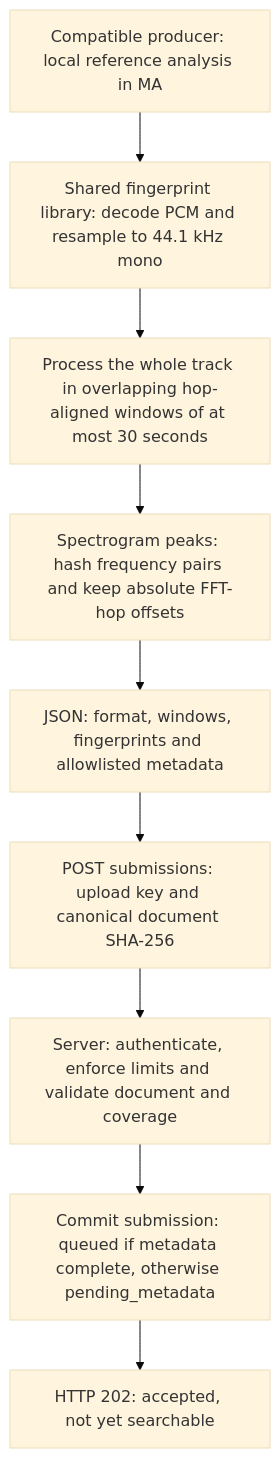
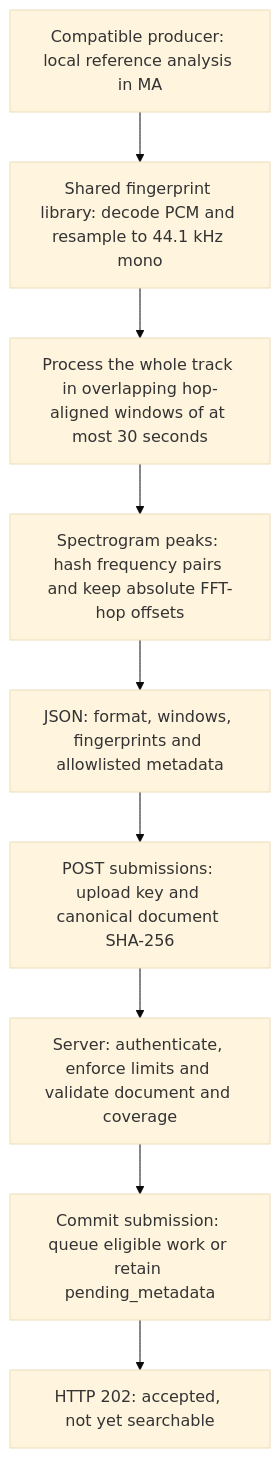
Before and after one commit to dmoo500/audio-fingerprint-server: the first of 7 diagrams in README.md, drawn with Mermaid (base theme). The commit also changed other lines of this file and 13 other files, not shown here.

````diff
--- a/README.md
+++ b/README.md
@@ -19,11 +17,11 @@
 ```mermaid
 flowchart TD
     A["Compatible producer: local reference analysis in MA"] --> B["Shared fingerprint library: decode PCM and resample to 44.1 kHz mono"]
     B --> C["Process the whole track in overlapping hop-aligned windows of at most 30 seconds"]
     C --> D["Spectrogram peaks: hash frequency pairs and keep absolute FFT-hop offsets"]
     D --> E["JSON: format, windows, fingerprints and allowlisted metadata"]
     E --> F["POST submissions: upload key and canonical document SHA-256"]
     F --> G["Server: authenticate, enforce limits and validate document and coverage"]
-    G --> H["Commit submission: queued if metadata complete, otherwise pending_metadata"]
+    G --> H["Commit submission: queue eligible work or retain pending_metadata"]
     H --> I["HTTP 202: accepted, not yet searchable"]
 ```
````
